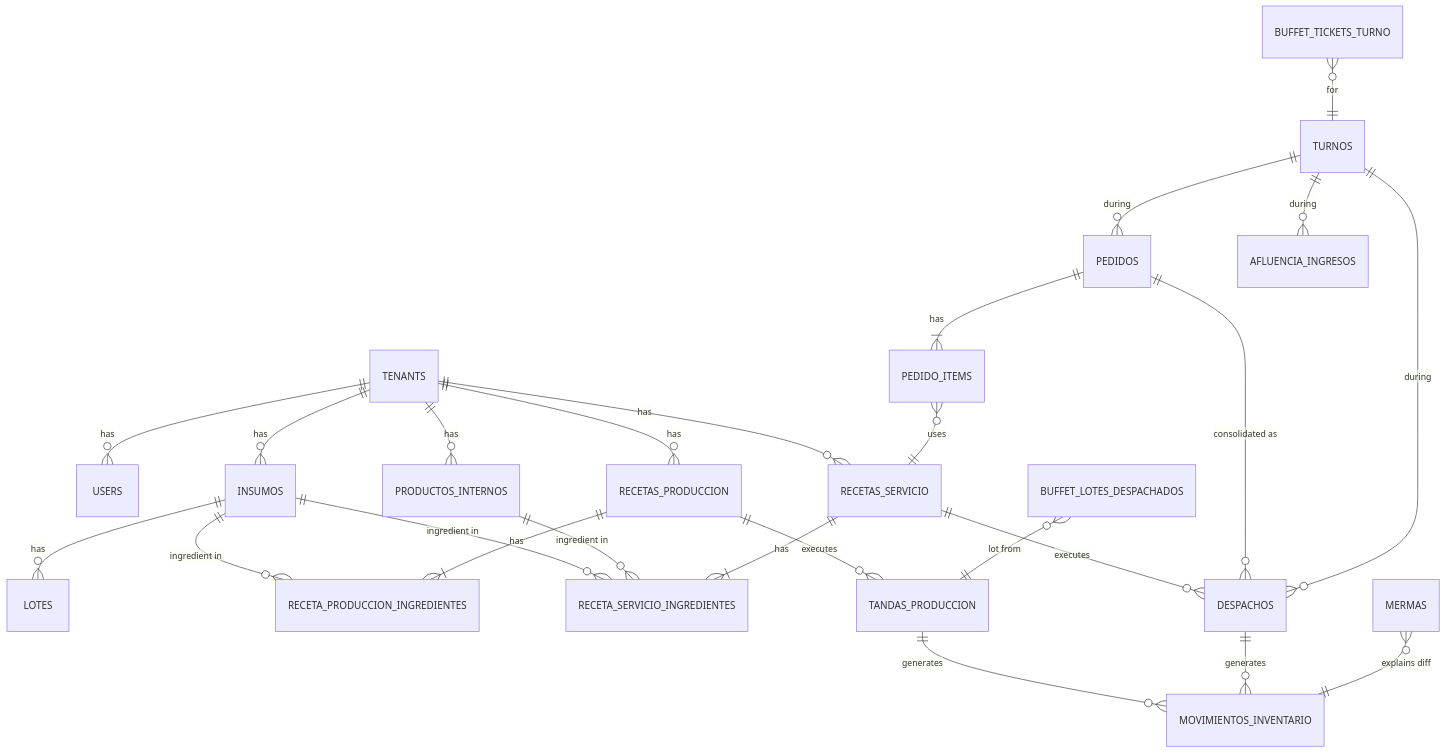
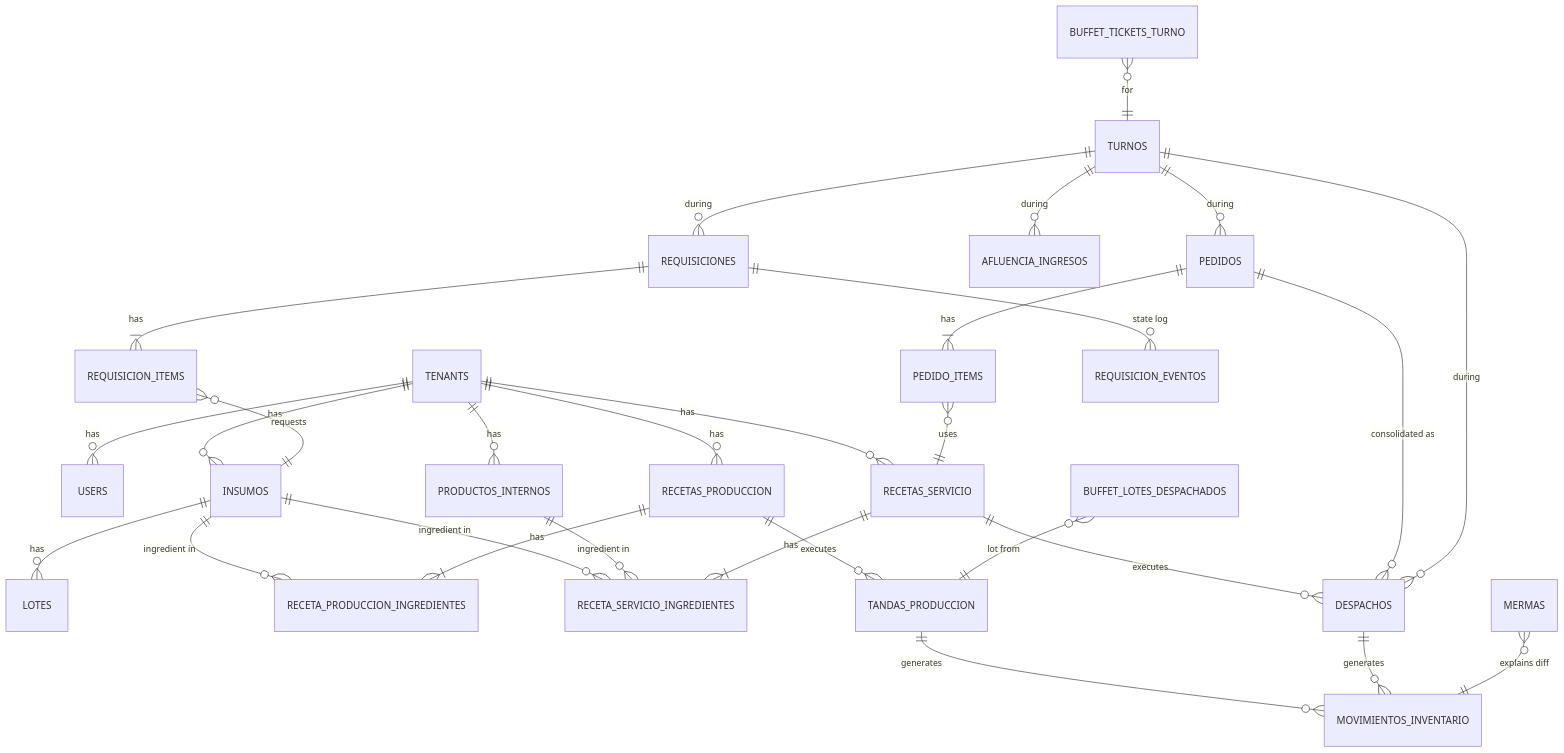
One commit to nkofla74-byte/dorado-lounge-system changed the fourth of 5 diagrams in ARCHITECTURE.md. Above: the diagram before and after it, drawn with Mermaid. The commit also changed other lines of this file and 33 other files, not shown here.

````diff
--- a/ARCHITECTURE.md
+++ b/ARCHITECTURE.md
@@ -440,34 +440,39 @@
 ```mermaid
 erDiagram
   TENANTS ||--o{ USERS : has
   TENANTS ||--o{ INSUMOS : has
   TENANTS ||--o{ PRODUCTOS_INTERNOS : has
   TENANTS ||--o{ RECETAS_PRODUCCION : has
   TENANTS ||--o{ RECETAS_SERVICIO : has
 
   INSUMOS ||--o{ LOTES : has
   INSUMOS ||--o{ RECETA_PRODUCCION_INGREDIENTES : "ingredient in"
   INSUMOS ||--o{ RECETA_SERVICIO_INGREDIENTES : "ingredient in"
   PRODUCTOS_INTERNOS ||--o{ RECETA_SERVICIO_INGREDIENTES : "ingredient in"
 
   RECETAS_PRODUCCION ||--|{ RECETA_PRODUCCION_INGREDIENTES : has
   RECETAS_PRODUCCION ||--o{ TANDAS_PRODUCCION : executes
   TANDAS_PRODUCCION ||--o{ MOVIMIENTOS_INVENTARIO : generates
 
   RECETAS_SERVICIO ||--|{ RECETA_SERVICIO_INGREDIENTES : has
   RECETAS_SERVICIO ||--o{ DESPACHOS : executes
   DESPACHOS ||--o{ MOVIMIENTOS_INVENTARIO : generates
 
   PEDIDOS ||--|{ PEDIDO_ITEMS : has
   PEDIDO_ITEMS }o--|| RECETAS_SERVICIO : "uses"
   PEDIDOS ||--o{ DESPACHOS : "consolidated as"
 
   BUFFET_LOTES_DESPACHADOS }o--|| TANDAS_PRODUCCION : "lot from"
   BUFFET_TICKETS_TURNO }o--|| TURNOS : "for"
 
   MERMAS }o--|| MOVIMIENTOS_INVENTARIO : "explains diff"
 
   TURNOS ||--o{ PEDIDOS : "during"
   TURNOS ||--o{ DESPACHOS : "during"
   TURNOS ||--o{ AFLUENCIA_INGRESOS : "during"
+
+  TURNOS ||--o{ REQUISICIONES : "during"
+  REQUISICIONES ||--|{ REQUISICION_ITEMS : has
+  REQUISICION_ITEMS }o--|| INSUMOS : "requests"
+  REQUISICIONES ||--o{ REQUISICION_EVENTOS : "state log"
 ```
````
